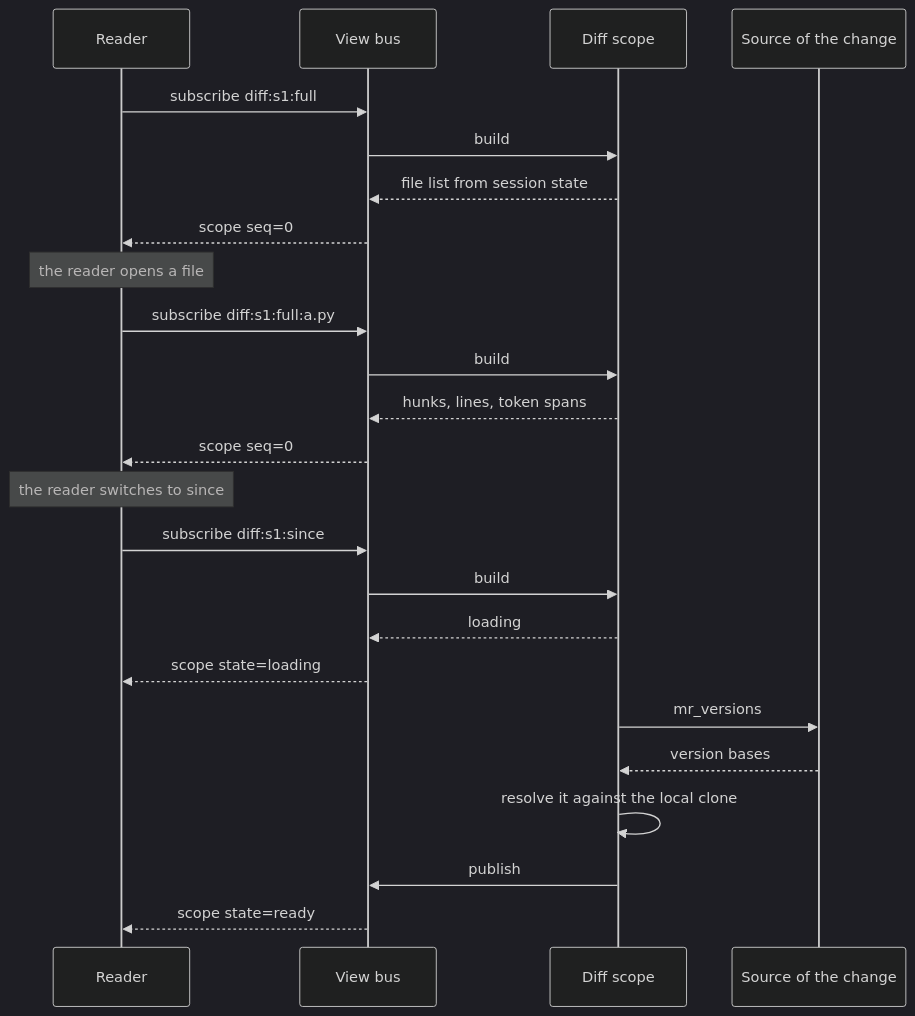
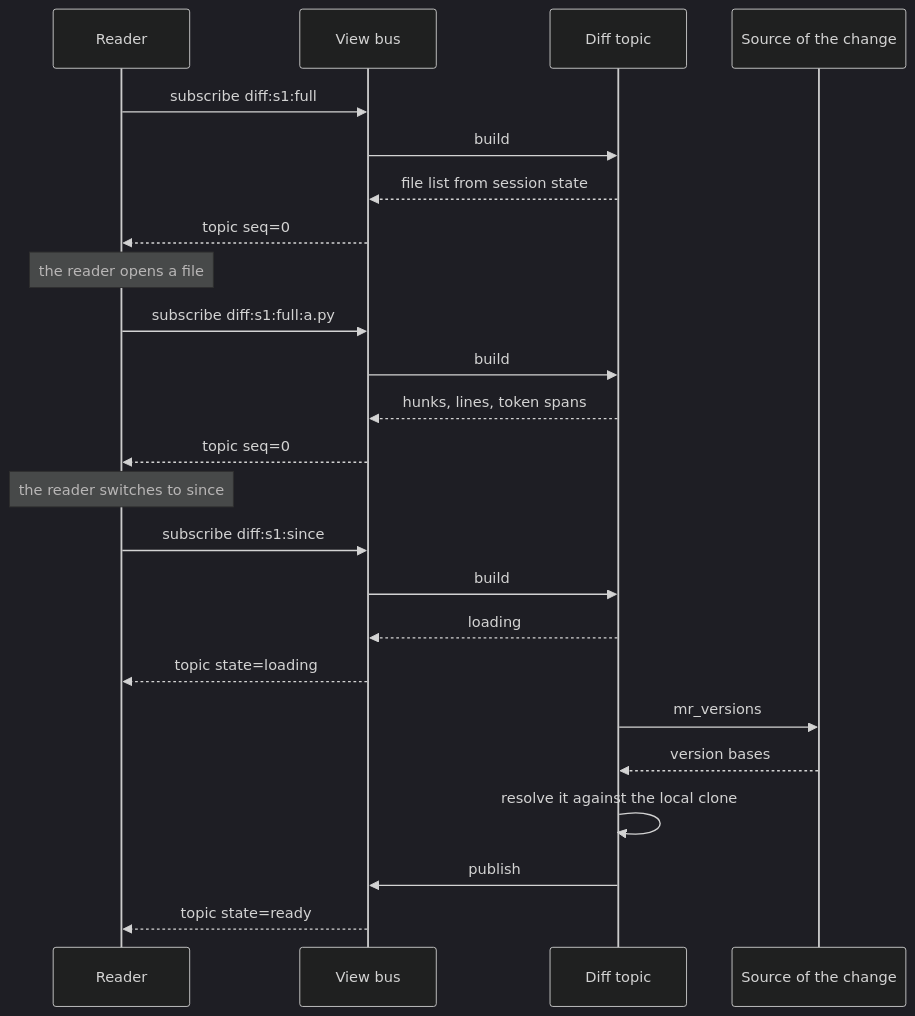
Before and after one commit to Joacchim/review-mate-prototype: the third of 3 diagrams in docs/architecture.md, drawn with Mermaid (dark theme). The commit also changed other lines of this file and 57 other files, not shown here.

````diff
--- a/docs/architecture.md
+++ b/docs/architecture.md
@@ -238,27 +238,27 @@
 ```mermaid
 sequenceDiagram
     participant C as Reader
     participant B as View bus
-    participant D as Diff scope
+    participant D as Diff topic
     participant G as Source of the change
 
     C->>B: subscribe diff:s1:full
     B->>D: build
     D-->>B: file list from session state
-    B-->>C: scope seq=0
+    B-->>C: topic seq=0
     Note over C: the reader opens a file
     C->>B: subscribe diff:s1:full:a.py
     B->>D: build
     D-->>B: hunks, lines, token spans
-    B-->>C: scope seq=0
+    B-->>C: topic seq=0
     Note over C: the reader switches to since
     C->>B: subscribe diff:s1:since
     B->>D: build
     D-->>B: loading
-    B-->>C: scope state=loading
+    B-->>C: topic state=loading
     D->>G: mr_versions
     G-->>D: version bases
     D->>D: resolve it against the local clone
     D->>B: publish
-    B-->>C: scope state=ready
+    B-->>C: topic state=ready
 ```
````
